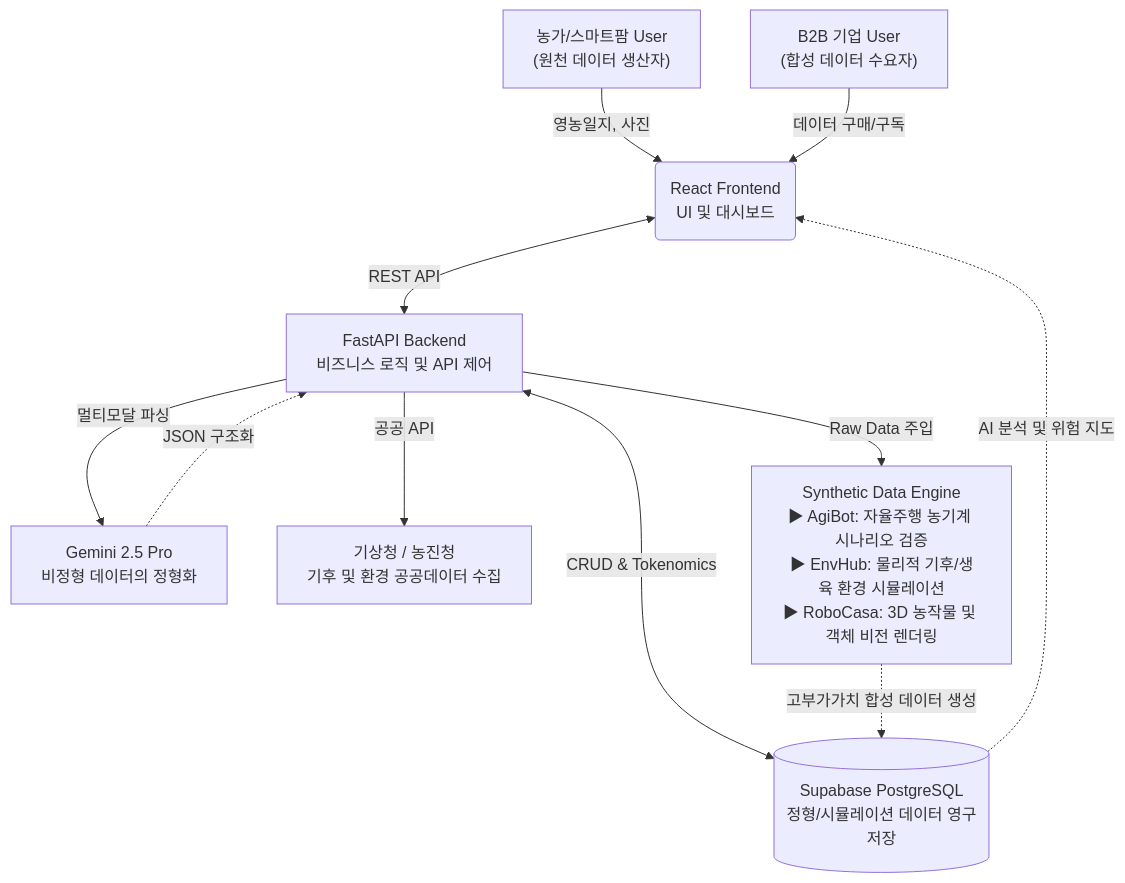
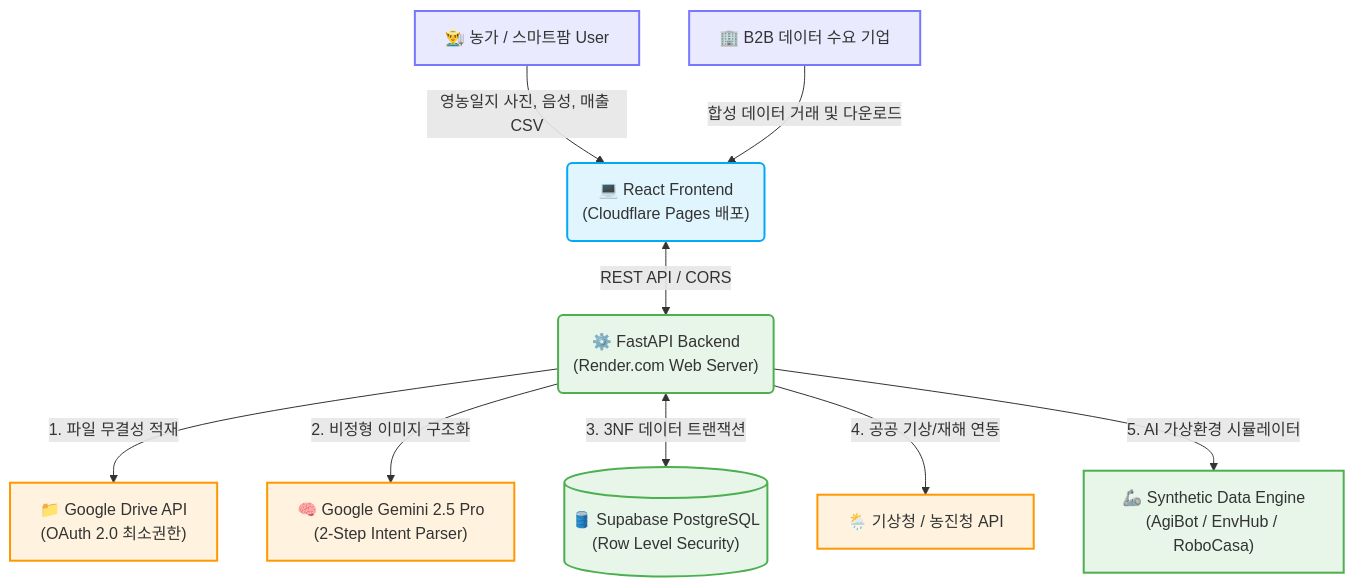
One commit to softkleenex/livinglab_2026 changed the diagram in README.md. Above: the diagram before and after it, drawn with Mermaid. The commit also changed other lines of this file and 26 other files, not shown here.

````diff
--- a/README.md
+++ b/README.md
@@ -31,16 +106,22 @@
 ```mermaid
 graph TD
-    A["농가/스마트팜 User<br/>(원천 데이터 생산자)"] -->|영농일지, 사진| B("React Frontend<br/>UI 및 대시보드")
-    C["B2B 기업 User<br/>(합성 데이터 수요자)"] -->|데이터 구매/구독| B
-    B <-->|REST API| D["FastAPI Backend<br/>비즈니스 로직 및 API 제어"]
+    %% 스타일 정의
+    classDef actor fill:#eaeaff,stroke:#7777ff,stroke-width:2px;
+    classDef client fill:#e1f5fe,stroke:#03a9f4,stroke-width:2px;
+    classDef server fill:#e8f5e9,stroke:#4caf50,stroke-width:2px;
+    classDef ext fill:#fff3e0,stroke:#ff9800,stroke-width:2px;
 
-    D -->|멀티모달 파싱| E["Gemini 2.5 Pro<br/>비정형 데이터의 정형화"]
-    D <-->|CRUD & Tokenomics| F[("Supabase PostgreSQL<br/>정형/시뮬레이션 데이터 영구저장")]
-    D -->|공공 API| G["기상청 / 농진청<br/>기후 및 환경 공공데이터 수집"]
+    A["👨‍🌾 농가 / 스마트팜 User"]:::actor -->|영농일지 사진, 음성, 매출 CSV| B("💻 React Frontend<br/>(Cloudflare Pages 배포)"):::client
+    C["🏢 B2B 데이터 수요 기업"]:::actor -->|합성 데이터 거래 및 다운로드| B
+    
+    B <-->|REST API / CORS| D("⚙️ FastAPI Backend<br/>(Render.com Web Server)"):::server
 
-    D -->|Raw Data 주입| H["Synthetic Data Engine<br/>▶ AgiBot: 자율주행 농기계 시나리오 검증<br/>▶ EnvHub: 물리적 기후/생육 환경 시뮬레이션<br/>▶ RoboCasa: 3D 농작물 및 객체 비전 렌더링"]
-    H -.->|고부가가치 합성 데이터 생성| F
+    D -->|1. 파일 무결성 적재| E["📁 Google Drive API<br/>(OAuth 2.0 최소권한)"]:::ext
+    D -->|2. 비정형 이미지 구조화| F["🧠 Google Gemini 2.5 Pro<br/>(2-Step Intent Parser)"]:::ext
+    D <-->|3. 3NF 데이터 트랜잭션| G[("🛢️ Supabase PostgreSQL<br/>(Row Level Security)")]:::server
+    D -->|4. 공공 기상/재해 연동| H["🌦️ 기상청 / 농진청 API"]:::ext
+    D -->|5. AI 가상환경 시뮬레이터| I["🦾 Synthetic Data Engine<br/>(AgiBot / EnvHub / RoboCasa)"]:::server
 
-    E -.->|JSON 구조화| D
-    F -.->|AI 분석 및 위험 지도| B
+    class G,D server;
+    class B client;
 ```
````
